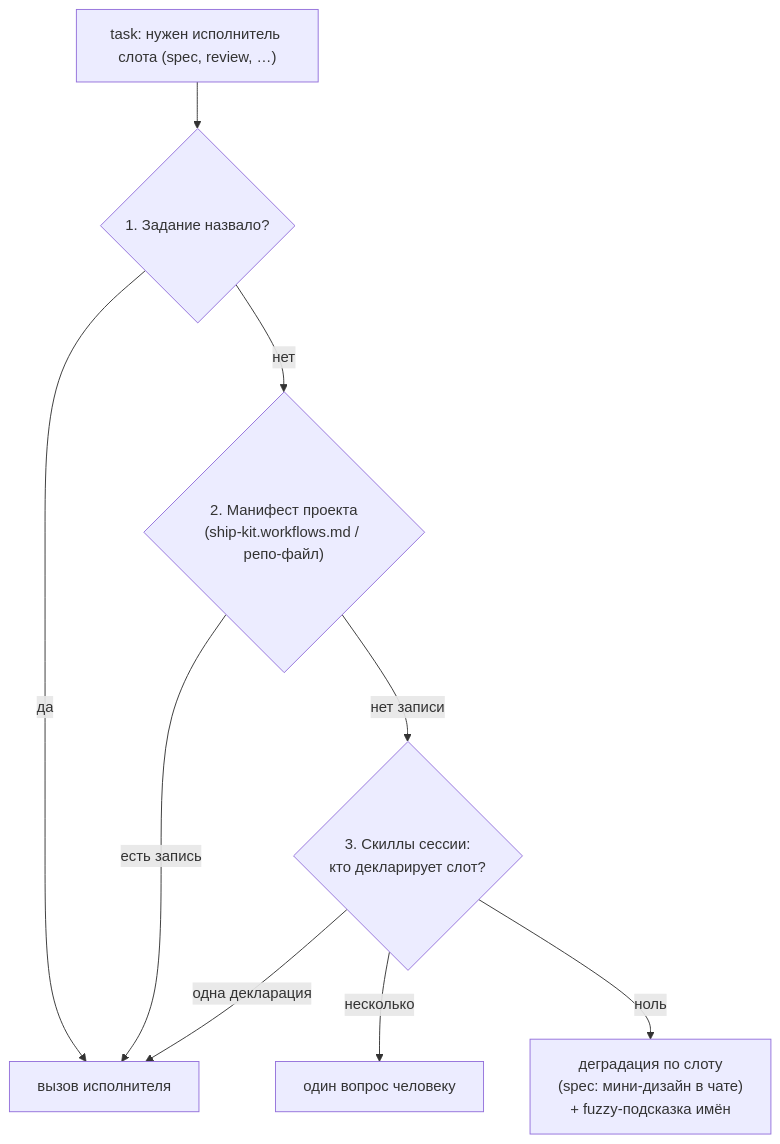
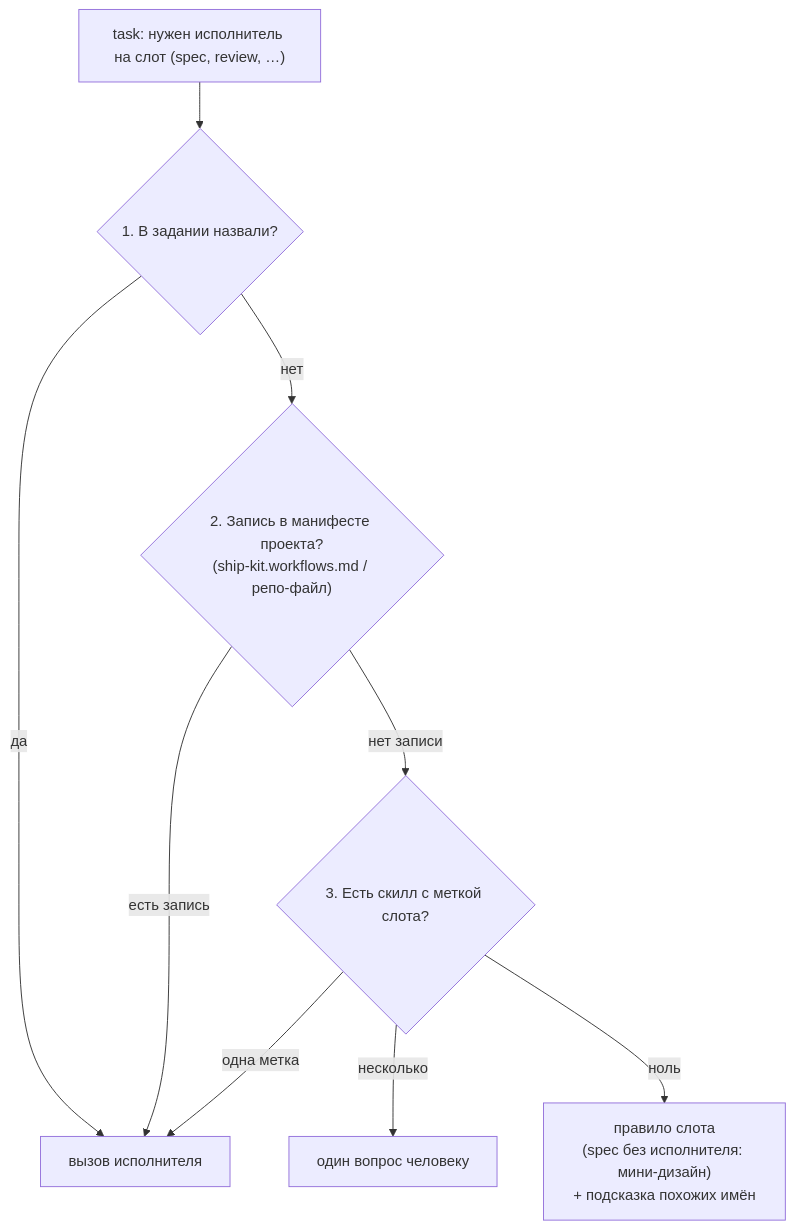
Before and after one commit to assistantoleg1809/share: the second of 2 diagrams in research/cross-skillset-invocation/README.md, drawn with Mermaid. The commit also changed other lines of this file, not shown here.

````diff
--- a/research/cross-skillset-invocation/README.md
+++ b/research/cross-skillset-invocation/README.md
@@ -130,19 +254,19 @@
 ```mermaid
 flowchart TD
-    need["task: нужен исполнитель слота (spec, review, …)"]
-    a{"1. Задание назвало?"}
-    m{"2. Манифест проекта<br/>(ship-kit.workflows.md / репо-файл)"}
-    d{"3. Скиллы сессии:<br/>кто декларирует слот?"}
+    need["task: нужен исполнитель на слот (spec, review, …)"]
+    a{"1. В задании назвали?"}
+    m{"2. Запись в манифесте проекта?<br/>(ship-kit.workflows.md / репо-файл)"}
+    d{"3. Есть скилл с меткой слота?"}
     go["вызов исполнителя"]
     q["один вопрос человеку"]
-    dg["деградация по слоту<br/>(spec: мини-дизайн в чате)<br/>+ fuzzy-подсказка имён"]
+    dg["правило слота<br/>(spec без исполнителя: мини-дизайн)<br/>+ подсказка похожих имён"]
 
     need --> a
     a -->|"да"| go
     a -->|"нет"| m
     m -->|"есть запись"| go
     m -->|"нет записи"| d
-    d -->|"одна декларация"| go
+    d -->|"одна метка"| go
     d -->|"несколько"| q
     d -->|"ноль"| dg
 ```
````
